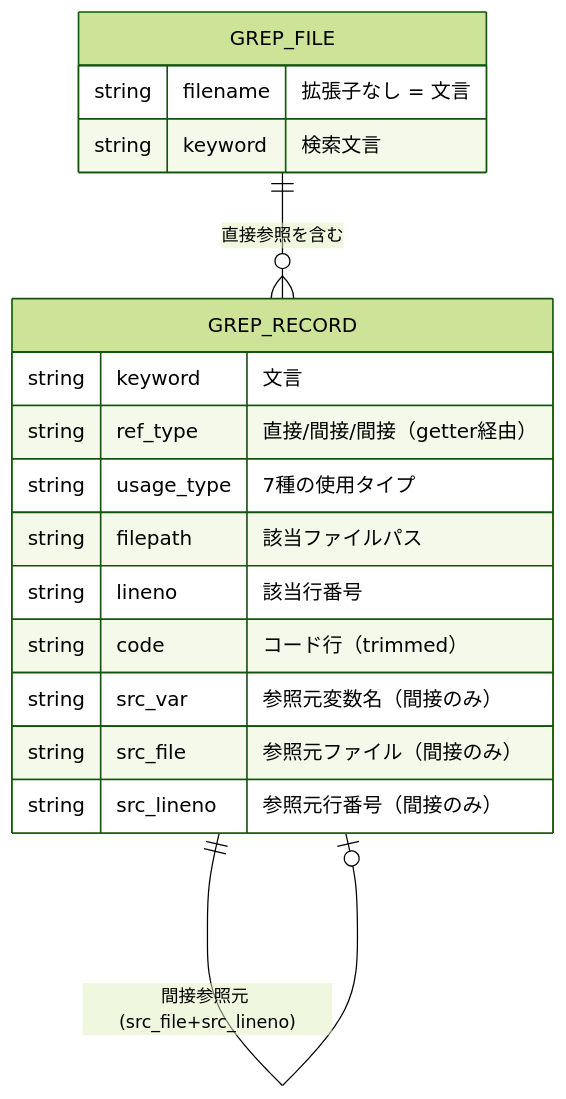
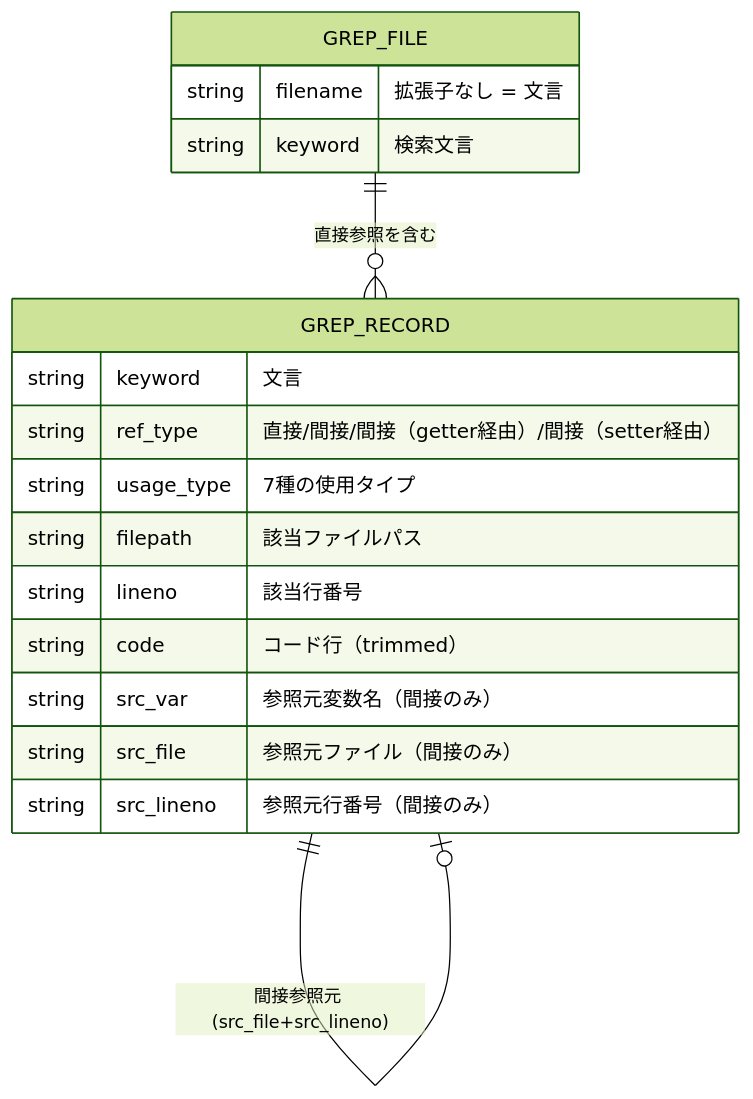
The third of 5 diagrams in docs/functional-design.md (AkiraIsozaki/grep_helper_superpowers), drawn with Mermaid (forest theme) before and after one commit. The commit also changed other lines of this file and 5 other files, not shown here.

````diff
--- a/docs/functional-design.md
+++ b/docs/functional-design.md
@@ -126,21 +127,21 @@
 ```mermaid
 erDiagram
     GREP_FILE ||--o{ GREP_RECORD : "直接参照を含む"
     GREP_RECORD ||--o| GREP_RECORD : "間接参照元 (src_file+src_lineno)"
 
     GREP_FILE {
         string filename   "拡張子なし = 文言"
         string keyword    "検索文言"
     }
     GREP_RECORD {
         string keyword    "文言"
-        string ref_type   "直接/間接/間接（getter経由）"
+        string ref_type   "直接/間接/間接（getter経由）/間接（setter経由）"
         string usage_type "7種の使用タイプ"
         string filepath   "該当ファイルパス"
         string lineno     "該当行番号"
         string code       "コード行（trimmed）"
         string src_var    "参照元変数名（間接のみ）"
         string src_file   "参照元ファイル（間接のみ）"
         string src_lineno "参照元行番号（間接のみ）"
     }
 ```
````
